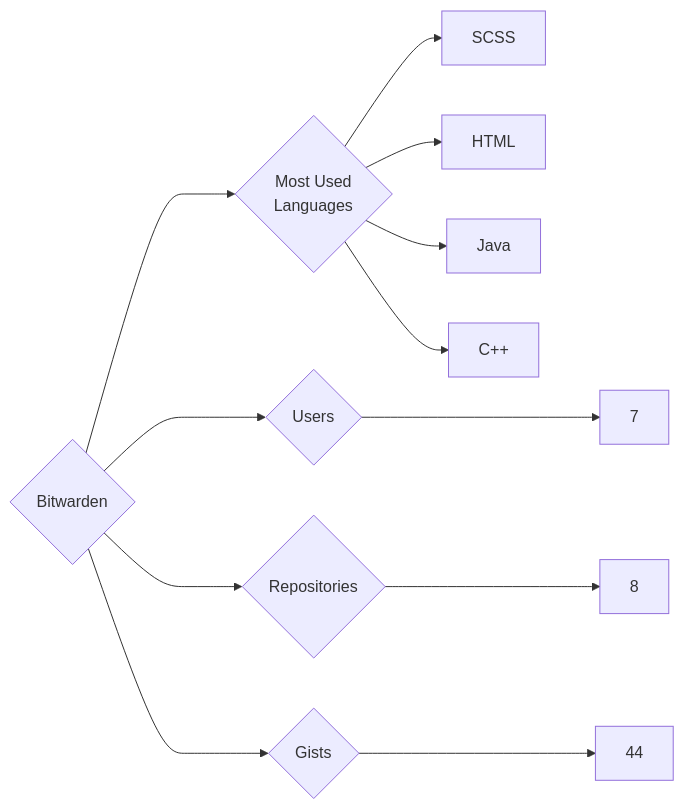
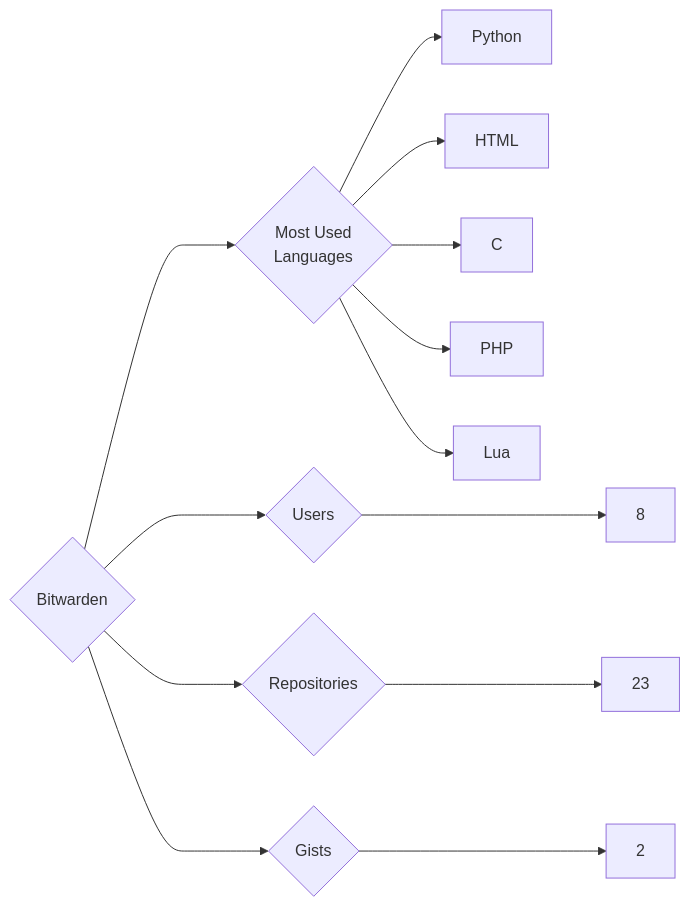
One commit to trickest/insiders changed the diagram in targets/Bitwarden/README.md. Above: the diagram before and after it, drawn with Mermaid. The commit also changed 1084 other files, not shown here.

````diff
--- a/targets/Bitwarden/README.md
+++ b/targets/Bitwarden/README.md
@@ -3,12 +3,13 @@
 ```mermaid
 graph LR
 COMPANY_NAME{Bitwarden}
-COMPANY_NAME ---> U{Users} ---> UN[7]
-COMPANY_NAME ---> R{Repositories} ---> RN[8]
-COMPANY_NAME ---> G{Gists} ---> GN[44]
+COMPANY_NAME ---> U{Users} ---> UN[8]
+COMPANY_NAME ---> R{Repositories} ---> RN[23]
+COMPANY_NAME ---> G{Gists} ---> GN[2]
 COMPANY_NAME ---> ML{Most Used<br>Languages}
-ML --> SCSS[SCSS]
+ML --> Python[Python]
 ML --> HTML[HTML]
-ML --> Java[Java]
-ML --> C++[C++]
+ML --> C[C]
+ML --> PHP[PHP]
+ML --> Lua[Lua]
 ```
````
